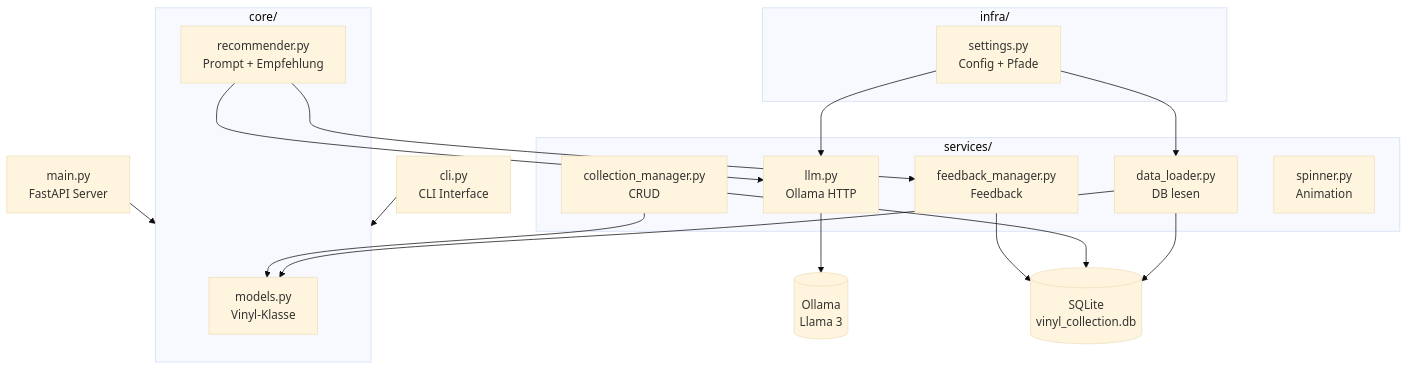
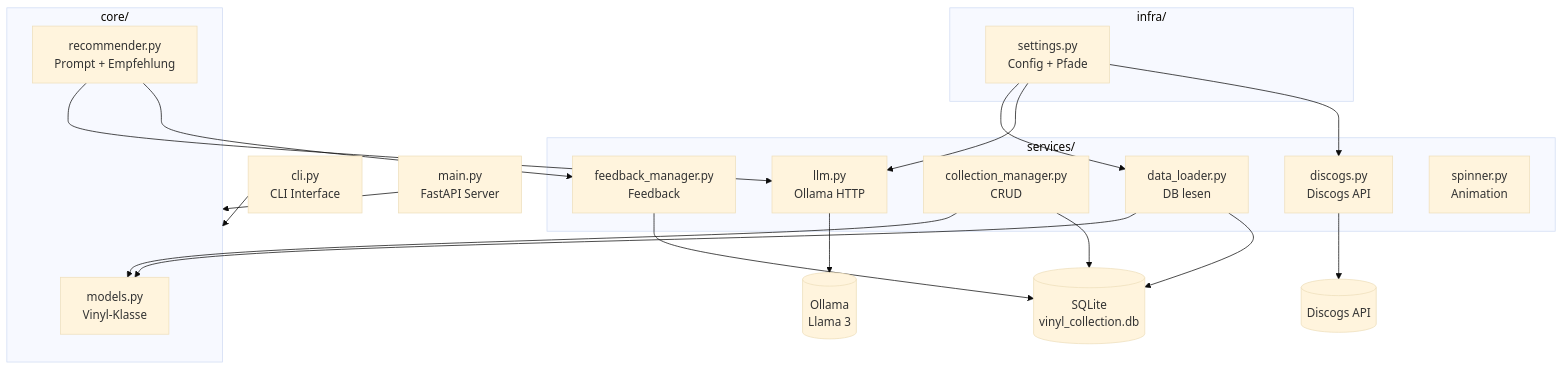
One commit to NoahRolli/vinylRec changed the diagram in README.md. Above: the diagram before and after it, drawn with Mermaid (base theme). The commit also changed other lines of this file, not shown here.

Commit message:
Rewrite README with full docs, tech stack, mermaid diagram

````diff
--- a/README.md
+++ b/README.md
@@ -105,34 +107,37 @@
 ```mermaid
 graph TD
     CLI[cli.py<br/>CLI Interface] --> CORE
     API[main.py<br/>FastAPI Server] --> CORE
     
     subgraph CORE[core/]
         MODELS[models.py<br/>Vinyl-Klasse]
         REC[recommender.py<br/>Prompt + Empfehlung]
     end
     
     subgraph SERVICES[services/]
         LLM[llm.py<br/>Ollama HTTP]
         DL[data_loader.py<br/>DB lesen]
         CM[collection_manager.py<br/>CRUD]
         FM[feedback_manager.py<br/>Feedback]
+        DC[discogs.py<br/>Discogs API]
         SPIN[spinner.py<br/>Animation]
     end
     
     subgraph INFRA[infra/]
         SETTINGS[settings.py<br/>Config + Pfade]
     end
     
     REC --> LLM
     REC --> FM
     DL --> MODELS
     CM --> MODELS
     
     LLM --> OLLAMA[(Ollama<br/>Llama 3)]
+    DC --> DISCOGS[(Discogs API)]
     DL --> DB[(SQLite<br/>vinyl_collection.db)]
     CM --> DB
     FM --> DB
     SETTINGS --> DL
     SETTINGS --> LLM
+    SETTINGS --> DC
 ```
````
